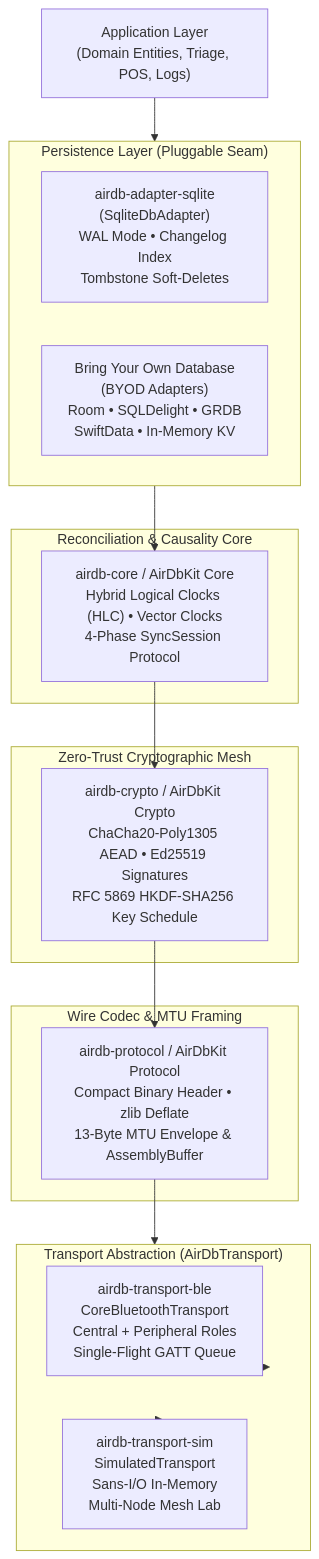
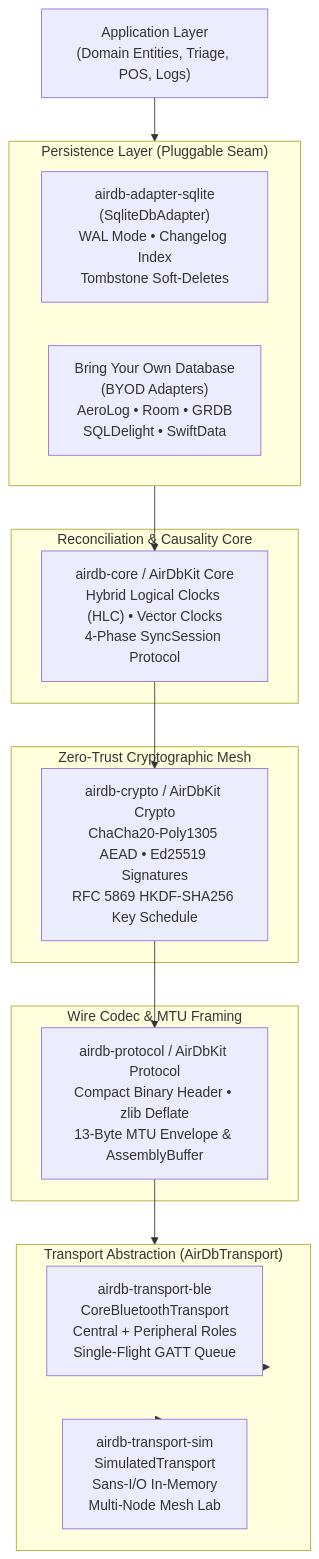
Before and after one commit to untacorp/airdb: the diagram in docs/index.md, drawn with Mermaid. The commit also changed 4 other files, not shown here.

````diff
--- a/docs/index.md
+++ b/docs/index.md
@@ -37,34 +37,34 @@
 ```mermaid
 flowchart TD
     App["Application Layer<br/>(Domain Entities, Triage, POS, Logs)"]
 
     subgraph PersistenceTier ["Persistence Layer (Pluggable Seam)"]
         SQLite["airdb-adapter-sqlite<br/>(SqliteDbAdapter)<br/>WAL Mode • Changelog Index<br/>Tombstone Soft-Deletes"]
-        BYOD["Bring Your Own Database<br/>(BYOD Adapters)<br/>Room • SQLDelight • GRDB<br/>SwiftData • In-Memory KV"]
+        BYOD["Bring Your Own Database<br/>(BYOD Adapters)<br/>AeroLog • Room • GRDB<br/>SQLDelight • SwiftData"]
     end
 
     subgraph EngineTier ["Reconciliation & Causality Core"]
         Core["airdb-core / AirDbKit Core<br/>Hybrid Logical Clocks (HLC) • Vector Clocks<br/>4-Phase SyncSession Protocol"]
     end
 
     subgraph SecurityTier ["Zero-Trust Cryptographic Mesh"]
         Crypto["airdb-crypto / AirDbKit Crypto<br/>ChaCha20-Poly1305 AEAD • Ed25519 Signatures<br/>RFC 5869 HKDF-SHA256 Key Schedule"]
     end
 
     subgraph ProtocolTier ["Wire Codec & MTU Framing"]
         Protocol["airdb-protocol / AirDbKit Protocol<br/>Compact Binary Header • zlib Deflate<br/>13-Byte MTU Envelope & AssemblyBuffer"]
     end
 
     subgraph TransportTier ["Transport Abstraction (AirDbTransport)"]
         BLE["airdb-transport-ble<br/>CoreBluetoothTransport<br/>Central + Peripheral Roles<br/>Single-Flight GATT Queue"]
         Sim["airdb-transport-sim<br/>SimulatedTransport<br/>Sans-I/O In-Memory<br/>Multi-Node Mesh Lab"]
     end
 
     App --> PersistenceTier
     PersistenceTier --> Core
     Core --> Crypto
     Crypto --> Protocol
     Protocol --> TransportTier
     TransportTier --> BLE
     TransportTier --> Sim
 ```
````
